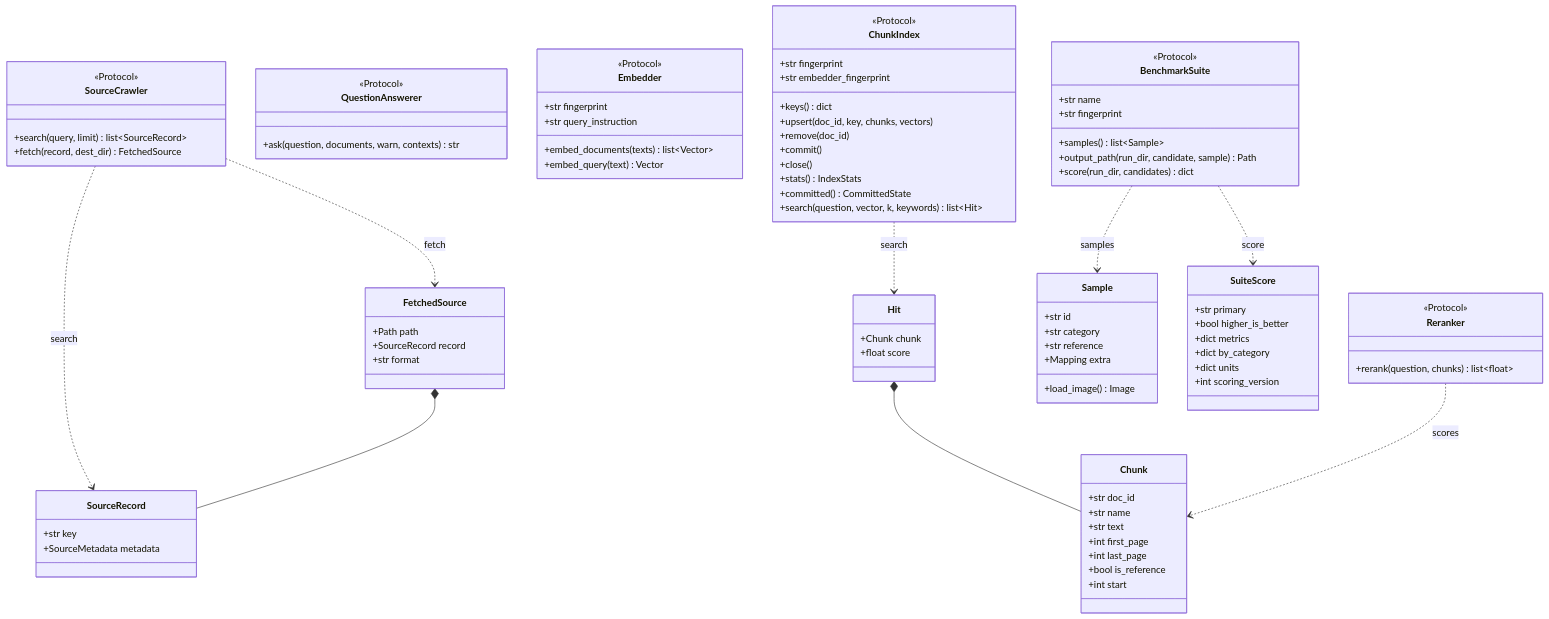
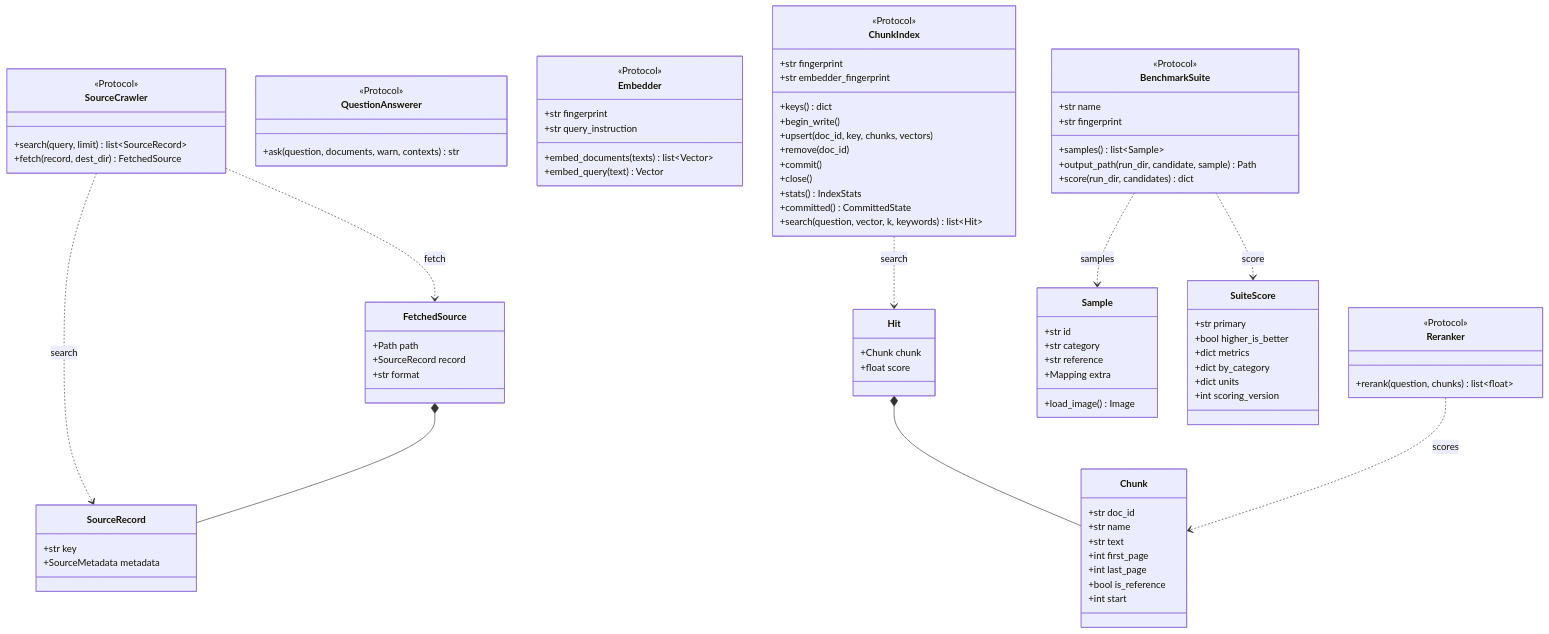
The fifth of 18 diagrams in packages/docingest/docs/architecture.md (etxsA/doc-ingest), drawn with Mermaid before and after one commit. The commit also changed 13 other files, not shown here.

```diff
--- a/packages/docingest/docs/architecture.md
+++ b/packages/docingest/docs/architecture.md
@@ -339,6 +339,7 @@
         +str fingerprint
         +str embedder_fingerprint
         +keys() dict
+        +begin_write()
         +upsert(doc_id, key, chunks, vectors)
         +remove(doc_id)
         +commit()
```
